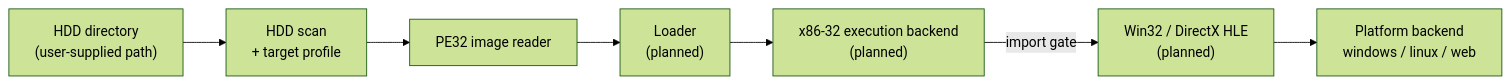
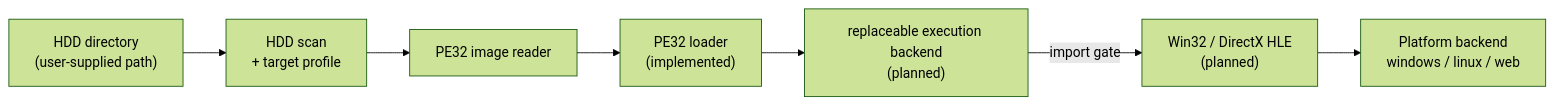
The diagram in README.md (nworkers/re2DJ), drawn with Mermaid (forest theme) before and after one commit. The commit also changed other lines of this file and 92 other files, not shown here.

````diff
--- a/README.md
+++ b/README.md
@@ -41,9 +41,9 @@
 ```mermaid
 flowchart LR
     HDD["HDD directory<br/>(user-supplied path)"] --> SCAN["HDD scan<br/>+ target profile"]
     SCAN --> PE["PE32 image reader"]
-    PE --> LOAD["Loader<br/>(planned)"]
-    LOAD --> EXEC["x86-32 execution backend<br/>(planned)"]
+    PE --> LOAD["PE32 loader<br/>(implemented)"]
+    LOAD --> EXEC["replaceable execution backend<br/>(planned)"]
     EXEC -->|import gate| HLE["Win32 / DirectX HLE<br/>(planned)"]
     HLE --> PLAT["Platform backend<br/>windows / linux / web"]
 ```
````
